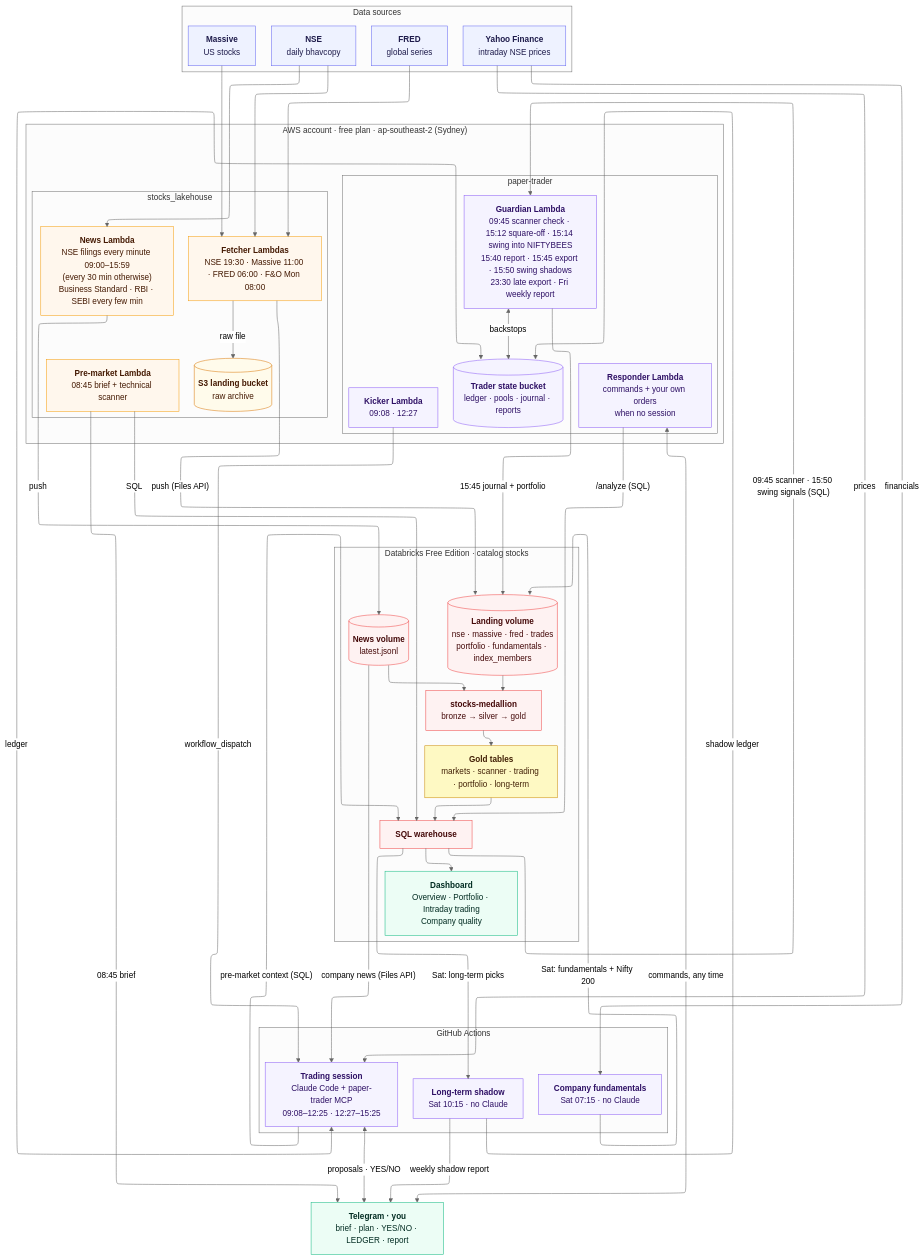
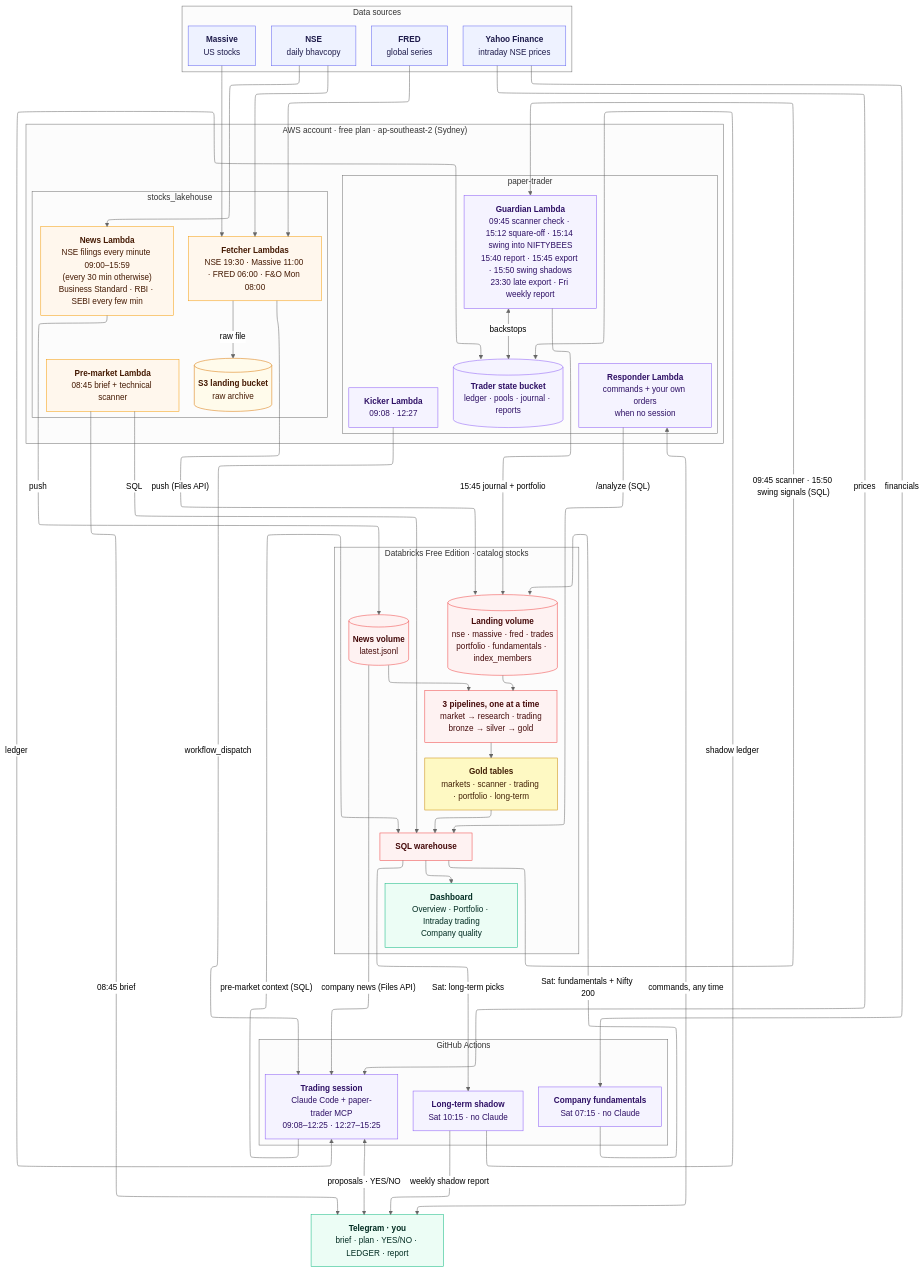
The diagram in docs/diagrams/05_platform.mmd (bumblebee26/stocks_lakehouse), drawn with Mermaid (neutral theme) before and after one commit. The commit also changed 33 other files, not shown here.

First line of the commit message:
Split the 61-table pipeline into three: market, research, trading

```diff
--- a/docs/diagrams/05_platform.mmd
+++ b/docs/diagrams/05_platform.mmd
@@ -1,96 +1,96 @@
 ---
 config:
   layout: elk
   elk:
     mergeEdges: false
     nodePlacementStrategy: NETWORK_SIMPLEX
 ---
 %% Shared platform view: stocks_lakehouse + paper-trader.
 %% The same file lives in bumblebee26/paper-trader as docs/diagrams/01_platform.mmd; keep them identical.
 %% Secrets (SSM) and deployments (CI/CD) are left out on purpose: see 04_cicd and the security tables.
 flowchart TB
     subgraph SRC["Data sources"]
         direction LR
         NSE["<b>NSE</b><br/>daily bhavcopy"]
         MAS["<b>Massive</b><br/>US stocks"]
         FRED["<b>FRED</b><br/>global series"]
         YF["<b>Yahoo Finance</b><br/>intraday NSE prices"]
     end
 
     subgraph AWS["AWS account · free plan · ap-southeast-2 (Sydney)"]
         direction LR
         subgraph LHA["stocks_lakehouse"]
             direction TB
             FET["<b>Fetcher Lambdas</b><br/>NSE 19:30 · Massive 11:00 · FRED 06:00 · F&amp;O Mon 08:00"]
             S3L[("<b>S3 landing bucket</b><br/>raw archive")]
             PM["<b>Pre-market Lambda</b><br/>08:45 brief + technical scanner"]
             NEWS["<b>News Lambda</b><br/>NSE filings every minute 09:00–15:59<br/>(every 30 min otherwise)<br/>Business Standard · RBI · SEBI every few min"]
         end
         subgraph PTA["paper-trader"]
             direction TB
             KICK["<b>Kicker Lambda</b><br/>09:08 · 12:27"]
             GUARD["<b>Guardian Lambda</b><br/>09:45 scanner check · 15:12 square-off · 15:14 swing into NIFTYBEES<br/>15:40 report · 15:45 export · 15:50 swing shadows<br/>23:30 late export · Fri weekly report"]
             S3T[("<b>Trader state bucket</b><br/>ledger · pools · journal · reports")]
             RESP["<b>Responder Lambda</b><br/>commands + your own orders<br/>when no session"]
         end
     end
 
     subgraph GHA["GitHub Actions"]
         direction TB
         SESS["<b>Trading session</b><br/>Claude Code + paper-trader MCP<br/>09:08–12:25 · 12:27–15:25"]
         FUND["<b>Company fundamentals</b><br/>Sat 07:15 · no Claude"]
         SHAD["<b>Long-term shadow</b><br/>Sat 10:15 · no Claude"]
     end
 
     subgraph DBX["Databricks Free Edition · catalog stocks"]
         direction TB
         VOL[("<b>Landing volume</b><br/>nse · massive · fred · trades<br/>portfolio · fundamentals · index_members")]
         NVOL[("<b>News volume</b><br/>latest.jsonl")]
-        PIPE["<b>stocks-medallion</b><br/>bronze → silver → gold"]
+        PIPE["<b>3 pipelines, one at a time</b><br/>market → research · trading<br/>bronze → silver → gold"]
         GOLD["<b>Gold tables</b><br/>markets · scanner · trading · portfolio · long-term"]
         WH["<b>SQL warehouse</b>"]
         DASH["<b>Dashboard</b><br/>Overview · Portfolio · Intraday trading<br/>Company quality"]
         VOL --> PIPE --> GOLD --> WH --> DASH
         NVOL --> PIPE
     end
 
     TG["<b>Telegram · you</b><br/>brief · plan · YES/NO · LEDGER · report"]
 
     NSE & MAS & FRED --> FET
     FET -- "raw file" --> S3L
     FET -- "push (Files API)" --> VOL
     NSE --> NEWS
     NEWS -- "push" --> NVOL
     PM -- "SQL" --> WH
     PM -- "08:45 brief" --> TG
     KICK -- "workflow_dispatch" --> SESS
     SESS -- "pre-market context (SQL)" --> WH
     YF -- "prices" --> SESS
     NVOL -- "company news (Files API)" --> SESS
     YF -- "financials" --> FUND
     FUND -- "Sat: fundamentals + Nifty 200" --> VOL
     WH -- "Sat: long-term picks" --> SHAD
     SHAD -- "shadow ledger" --> S3T
     SHAD -- "weekly shadow report" --> TG
     SESS <-- "ledger" --> S3T
     SESS <-- "proposals · YES/NO" --> TG
     GUARD <-- "backstops" --> S3T
     GUARD -- "15:45 journal + portfolio" --> VOL
     WH -- "09:45 scanner · 15:50 swing signals (SQL)" --> GUARD
     RESP <-- "commands, any time" --> TG
     RESP -- "/analyze (SQL)" --> WH
 
     classDef ext fill:#eef2ff,stroke:#6366f1,color:#1e1b4b
     classDef aws fill:#fff7ed,stroke:#f59e0b,color:#451a03
     classDef store fill:#fffbeb,stroke:#d97706,color:#451a03
     classDef trader fill:#f5f3ff,stroke:#8b5cf6,color:#2e1065
     classDef dbx fill:#fef2f2,stroke:#ef4444,color:#450a0a
     classDef gold fill:#fef9c3,stroke:#ca8a04,color:#422006
     classDef out fill:#ecfdf5,stroke:#10b981,color:#022c22
     class NSE,MAS,FRED,YF ext
     class FET,PM,NEWS aws
     class S3L store
     class KICK,GUARD,S3T,SESS,RESP,FUND,SHAD trader
     class VOL,NVOL,PIPE,WH dbx
     class GOLD gold
     class DASH,TG out
```
